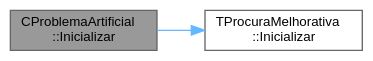
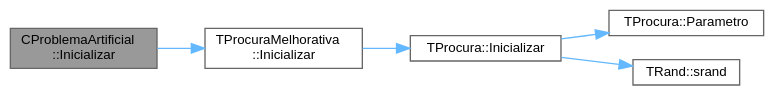
Before and after one commit to jcoelho72/TProcura: the diagram in classCProblemaArtificial_ac823cf847edbe9f32fb4cd2e2c462d10_cgraph.dot, drawn with Graphviz. The commit also changed 224 other files, not shown here.

```diff
--- a/classCProblemaArtificial_ac823cf847edbe9f32fb4cd2e2c462d10_cgraph.dot
+++ b/classCProblemaArtificial_ac823cf847edbe9f32fb4cd2e2c462d10_cgraph.dot
@@ -1,11 +1,17 @@
 digraph "CProblemaArtificial::Inicializar"
 {
  // LATEX_PDF_SIZE
   bgcolor="transparent";
   edge [fontname=Helvetica,fontsize=10,labelfontname=Helvetica,labelfontsize=10];
   node [fontname=Helvetica,fontsize=10,shape=box,height=0.2,width=0.4];
   rankdir="LR";
   Node1 [id="Node000001",label="CProblemaArtificial\l::Inicializar",height=0.2,width=0.4,color="gray40", fillcolor="grey60", style="filled", fontcolor="black",tooltip="Coloca o objecto no estado inicial da procura."];
   Node1 -> Node2 [id="edge1_Node000001_Node000002",color="steelblue1",style="solid",tooltip=" "];
   Node2 [id="Node000002",label="TProcuraMelhorativa\l::Inicializar",height=0.2,width=0.4,color="grey40", fillcolor="white", style="filled",URL="$classTProcuraMelhorativa.html#a72a59b4afbcd7b1f7ea65e4d2cff1a1b",tooltip="Inicializar a instância. No final, chamar NovaSolucao() para inicializar o estado."];
+  Node2 -> Node3 [id="edge2_Node000002_Node000003",color="steelblue1",style="solid",tooltip=" "];
+  Node3 [id="Node000003",label="TProcura::Inicializar",height=0.2,width=0.4,color="grey40", fillcolor="white", style="filled",URL="$classTProcura.html#a1af0e64ed79d99972d8d48fadf839f43",tooltip="Coloca o objecto no estado inicial da procura."];
+  Node3 -> Node4 [id="edge3_Node000003_Node000004",color="steelblue1",style="solid",tooltip=" "];
+  Node4 [id="Node000004",label="TProcura::Parametro",height=0.2,width=0.4,color="grey40", fillcolor="white", style="filled",URL="$classTProcura.html#a0e9e692f29af8a5d5279a8647c800437",tooltip=" "];
+  Node3 -> Node5 [id="edge4_Node000003_Node000005",color="steelblue1",style="solid",tooltip=" "];
+  Node5 [id="Node000005",label="TRand::srand",height=0.2,width=0.4,color="grey40", fillcolor="white", style="filled",URL="$namespaceTRand.html#ad0b319d6f58ab6820b001b4e3d3ae245",tooltip="Inicializa a semente da geração pseudo-aleatória."];
 }
```
